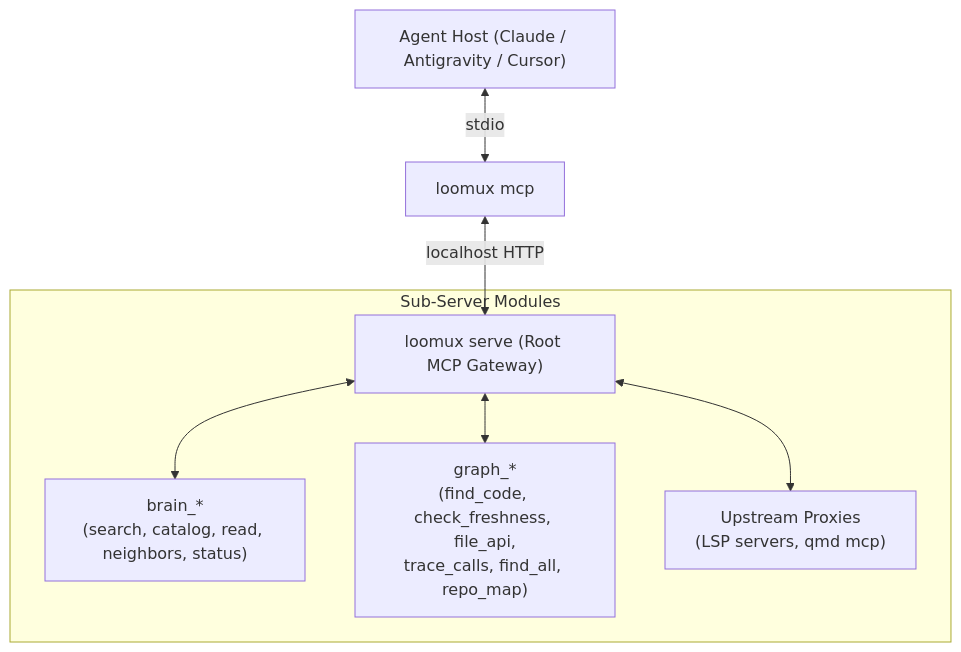
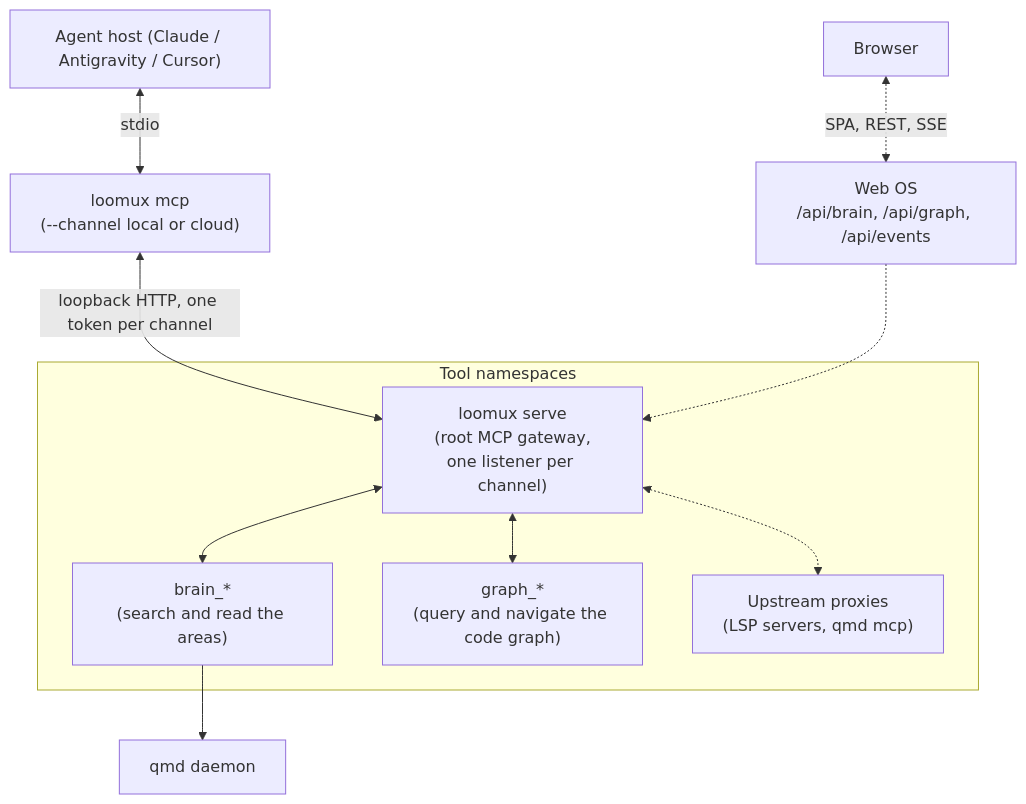
One commit to xidus90/loomux changed the third of 3 diagrams in README.md. Above: the diagram before and after it, drawn with Mermaid. The commit also changed other lines of this file and 9 other files, not shown here.

````diff
--- a/README.md
+++ b/README.md
@@ -96,11 +113,14 @@
 ```mermaid
 flowchart TD
-    Host["Agent Host (Claude / Antigravity / Cursor)"] <--> |stdio| Bridge["loomux mcp"]
-    Bridge <--> |localhost HTTP| Root["loomux serve (Root MCP Gateway)"]
-    
-    subgraph Namespaces["Sub-Server Modules"]
-        Root <--> Brain["brain_*<br/>(search, catalog, read, neighbors, status)"]
-        Root <--> Graph["graph_*<br/>(find_code, check_freshness, file_api,<br/>trace_calls, find_all, repo_map)"]
-        Root <--> Upstreams["Upstream Proxies<br/>(LSP servers, qmd mcp)"]
+    Host["Agent host (Claude / Antigravity / Cursor)"] <--> |"stdio"| Bridge["loomux mcp<br/>(--channel local or cloud)"]
+    Bridge <--> |"loopback HTTP, one token per channel"| Root["loomux serve<br/>(root MCP gateway,<br/>one listener per channel)"]
+    Browser["Browser"] <-.-> |"SPA, REST, SSE"| Web["Web OS<br/>/api/brain, /api/graph, /api/events"]
+    Web -.-> Root
+
+    subgraph Namespaces["Tool namespaces"]
+        Root <--> Brain["brain_*<br/>(search and read the areas)"]
+        Root <--> Graph["graph_*<br/>(query and navigate the code graph)"]
+        Root <-.-> Upstreams["Upstream proxies<br/>(LSP servers, qmd mcp)"]
     end
+    Brain --> Qmd["qmd daemon"]
 ```
````
